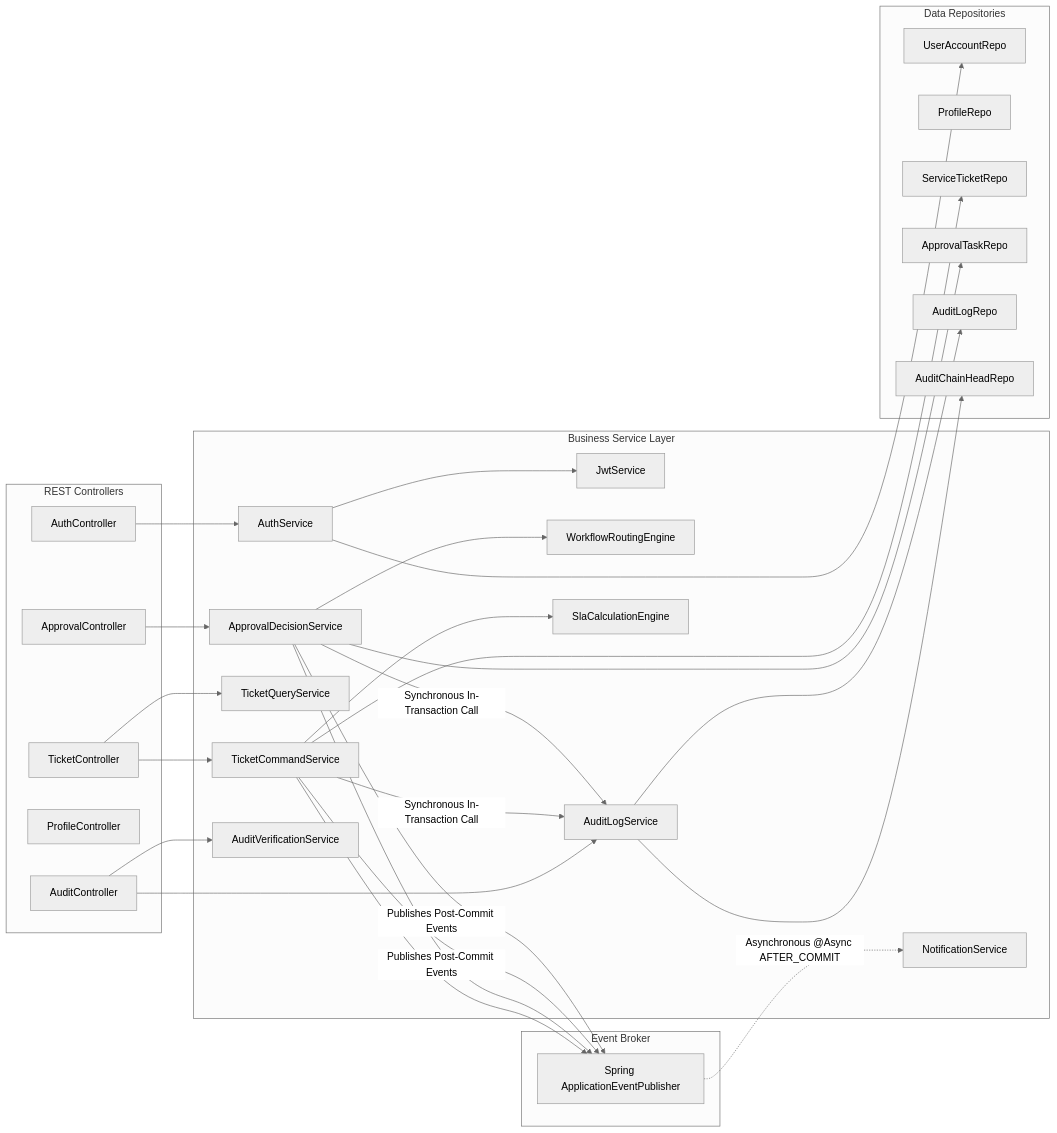
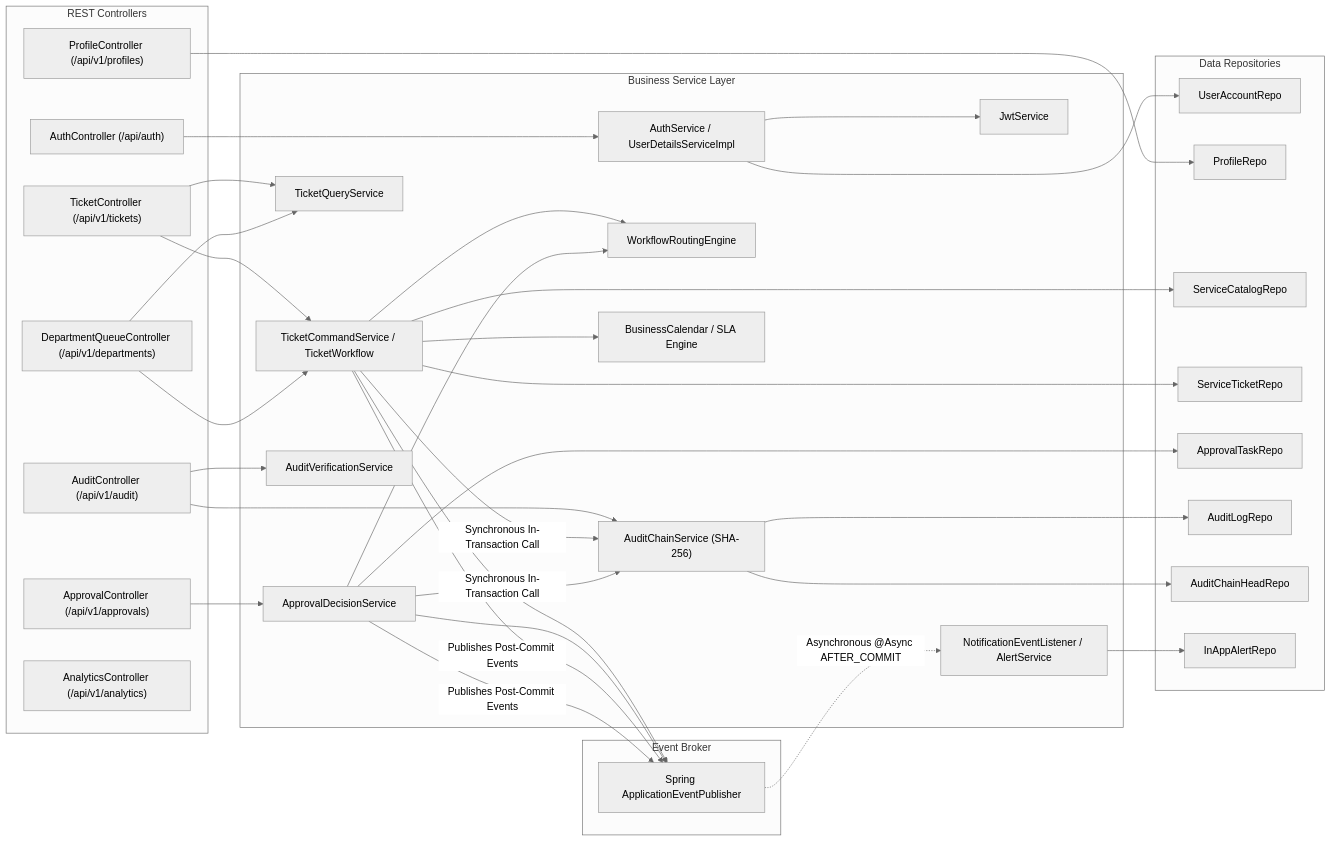
The second of 9 diagrams in docs/architecture/HLD.md (iyyappanecys033/EMPORA), drawn with Mermaid (neutral theme) before and after one commit. The commit also changed other lines of this file and 20 other files, not shown here.

````diff
--- a/docs/architecture/HLD.md
+++ b/docs/architecture/HLD.md
@@ -92,62 +106,74 @@
 ```mermaid
 graph LR
     subgraph REST Controllers
-        AuthCtrl["AuthController"]
-        TicketCtrl["TicketController"]
-        ApprovalCtrl["ApprovalController"]
-        ProfileCtrl["ProfileController"]
-        AuditCtrl["AuditController"]
+        AuthCtrl["AuthController (/api/auth)"]
+        TicketCtrl["TicketController (/api/v1/tickets)"]
+        ApprovalCtrl["ApprovalController (/api/v1/approvals)"]
+        QueueCtrl["DepartmentQueueController (/api/v1/departments)"]
+        ProfileCtrl["ProfileController (/api/v1/profiles)"]
+        AuditCtrl["AuditController (/api/v1/audit)"]
+        AnalyticsCtrl["AnalyticsController (/api/v1/analytics)"]
     end
 
     subgraph Business Service Layer
-        AuthSvc["AuthService"]
+        AuthSvc["AuthService / UserDetailsServiceImpl"]
         JwtSvc["JwtService"]
-        TicketCmdSvc["TicketCommandService"]
+        TicketCmdSvc["TicketCommandService / TicketWorkflow"]
         TicketQuerySvc["TicketQueryService"]
         WorkflowEng["WorkflowRoutingEngine"]
         ApprovalSvc["ApprovalDecisionService"]
-        AuditLogSvc["AuditLogService"]
+        AuditLogSvc["AuditChainService (SHA-256)"]
         AuditVerifySvc["AuditVerificationService"]
-        SlaEngine["SlaCalculationEngine"]
-        NotificationSvc["NotificationService"]
+        SlaEngine["BusinessCalendar / SLA Engine"]
+        NotificationSvc["NotificationEventListener / AlertService"]
     end
 
     subgraph Event Broker
         AppEventPub["Spring ApplicationEventPublisher"]
     end
 
     subgraph Data Repositories
         UserRepo["UserAccountRepo"]
         ProfileRepo["ProfileRepo"]
+        CatalogRepo["ServiceCatalogRepo"]
         TicketRepo["ServiceTicketRepo"]
         ApprovalRepo["ApprovalTaskRepo"]
         AuditRepo["AuditLogRepo"]
         ChainHeadRepo["AuditChainHeadRepo"]
+        AlertRepo["InAppAlertRepo"]
     end
 
     AuthCtrl --> AuthSvc
     AuthSvc --> JwtSvc
     AuthSvc --> UserRepo
 
     TicketCtrl --> TicketCmdSvc
     TicketCtrl --> TicketQuerySvc
     TicketCmdSvc --> TicketRepo
+    TicketCmdSvc --> CatalogRepo
     TicketCmdSvc --> SlaEngine
+    TicketCmdSvc --> WorkflowEng
     TicketCmdSvc --> AppEventPub
 
     ApprovalCtrl --> ApprovalSvc
     ApprovalSvc --> WorkflowEng
     ApprovalSvc --> ApprovalRepo
     ApprovalSvc --> AppEventPub
 
+    QueueCtrl --> TicketQuerySvc
+    QueueCtrl --> TicketCmdSvc
+
+    ProfileCtrl --> ProfileRepo
     AuditCtrl --> AuditLogSvc
     AuditCtrl --> AuditVerifySvc
+
     AuditLogSvc --> AuditRepo
     AuditLogSvc --> ChainHeadRepo
 
     TicketCmdSvc -->|Synchronous In-Transaction Call| AuditLogSvc
     ApprovalSvc -->|Synchronous In-Transaction Call| AuditLogSvc
     TicketCmdSvc -->|Publishes Post-Commit Events| AppEventPub
     ApprovalSvc -->|Publishes Post-Commit Events| AppEventPub
     AppEventPub -.->|Asynchronous @Async AFTER_COMMIT| NotificationSvc
+    NotificationSvc --> AlertRepo
 ```
````
